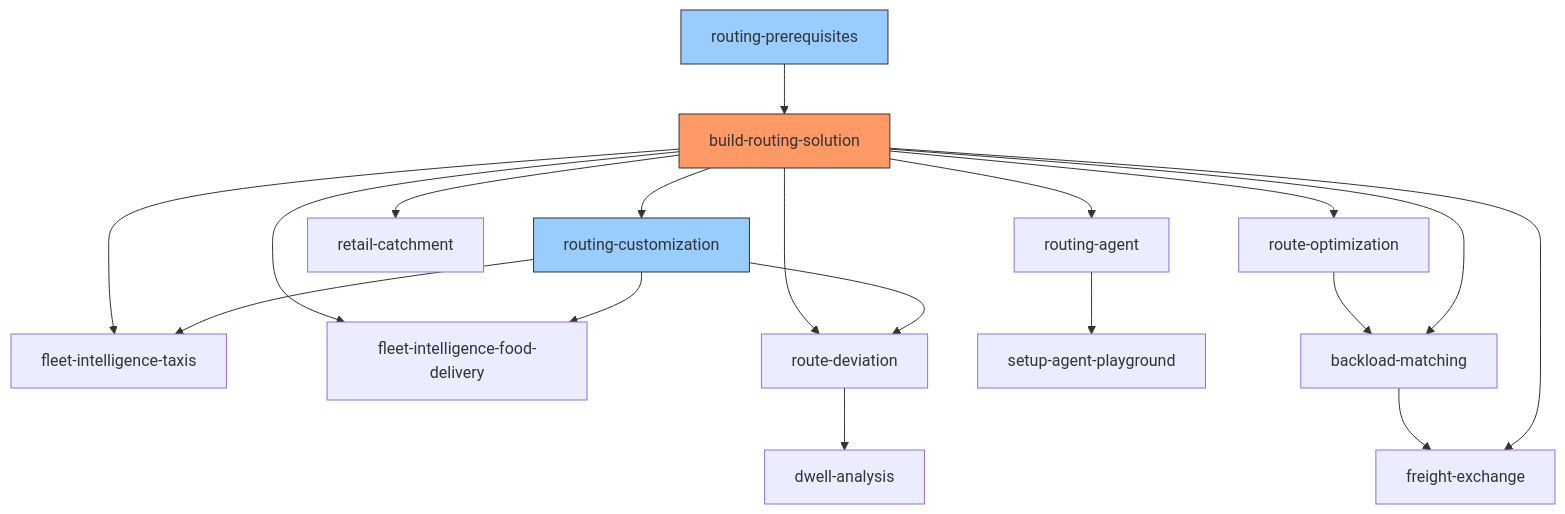
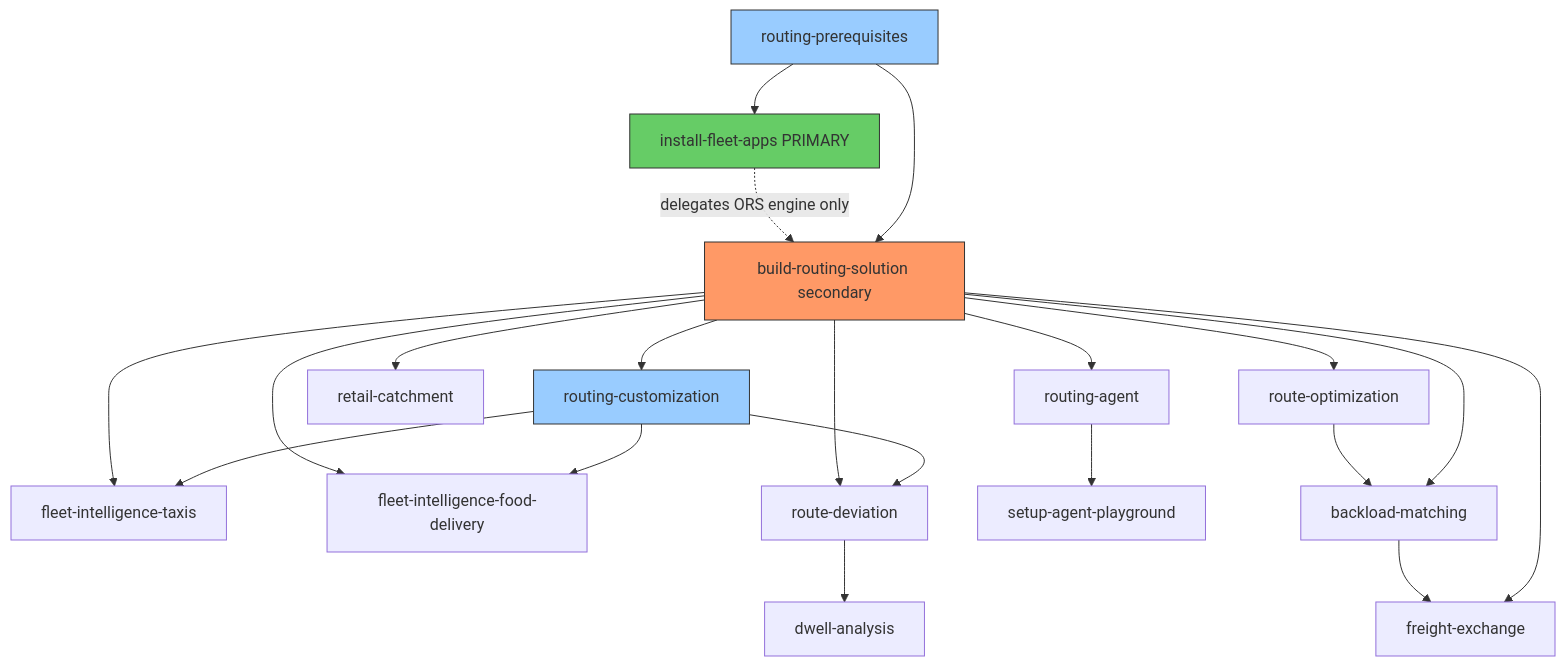
Before and after one commit to Snowflake-Labs/sfguide-create-a-route-optimisation-and-vehicle-route-plan-simulator: the diagram in AGENTS.md, drawn with Mermaid. The commit also changed other lines of this file and 1 other file, not shown here.

Commit message:
feat(install-fleet-apps): own routing seam + engine detect/delegate doc; demote build-routing-solution to secondary in AGENTS.md inventory + dependency graph

````diff
--- a/AGENTS.md
+++ b/AGENTS.md
@@ -306,24 +307,27 @@
 ```mermaid
 graph TD
-    RP[routing-prerequisites] --> BRS[build-routing-solution]
+    RP[routing-prerequisites] --> IFA[install-fleet-apps PRIMARY]
+    IFA -.->|"delegates ORS engine only"| BRS[build-routing-solution secondary]
+    RP --> BRS
     BRS --> RC[routing-customization]
     BRS --> RO[route-optimization]
     BRS --> FIT[fleet-intelligence-taxis]
     BRS --> FIFD[fleet-intelligence-food-delivery]
     BRS --> RET[retail-catchment]
     BRS --> RD[route-deviation]
     BRS --> RA[routing-agent]
     RA --> SAP[setup-agent-playground]
     RO --> BM[backload-matching]
     BRS --> BM
     BM --> FX[freight-exchange]
     BRS --> FX
     RC --> FIT
     RC --> FIFD
     RC --> RD
  RD --> DA[dwell-analysis]
 
+ style IFA fill:#6c6,stroke:#333
  style BRS fill:#f96,stroke:#333
  style RP fill:#9cf,stroke:#333
  style RC fill:#9cf,stroke:#333
 ```
````
